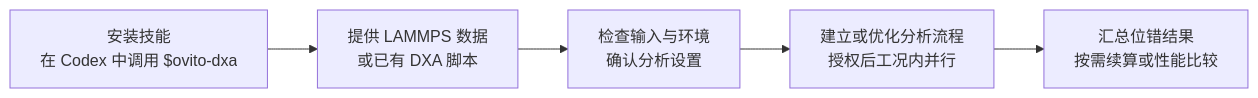
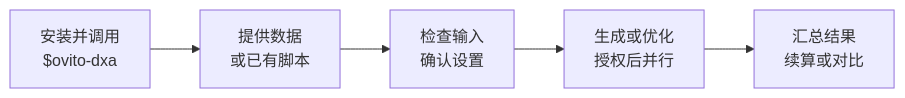
One commit to pancake-github/ovito-dxa-skill changed the diagram in README.md. Above: the diagram before and after it, drawn with Mermaid. The commit also changed other lines of this file, not shown here.

Commit message:
Improve workflow diagram readability

````diff
--- a/README.md
+++ b/README.md
@@ -16,7 +16,7 @@
 ```mermaid
 flowchart LR
-    A["安装技能<br/>在 Codex 中调用 $ovito-dxa"] --> B["提供 LAMMPS 数据<br/>或已有 DXA 脚本"]
-    B --> C["检查输入与环境<br/>确认分析设置"]
-    C --> D["建立或优化分析流程<br/>授权后工况内并行"]
-    D --> E["汇总位错结果<br/>按需续算或性能比较"]
+    A["安装并调用<br/>$ovito-dxa"] --> B["提供数据<br/>或已有脚本"]
+    B --> C["检查输入<br/>确认设置"]
+    C --> D["生成或优化<br/>授权后并行"]
+    D --> E["汇总结果<br/>续算或对比"]
 ```
````
